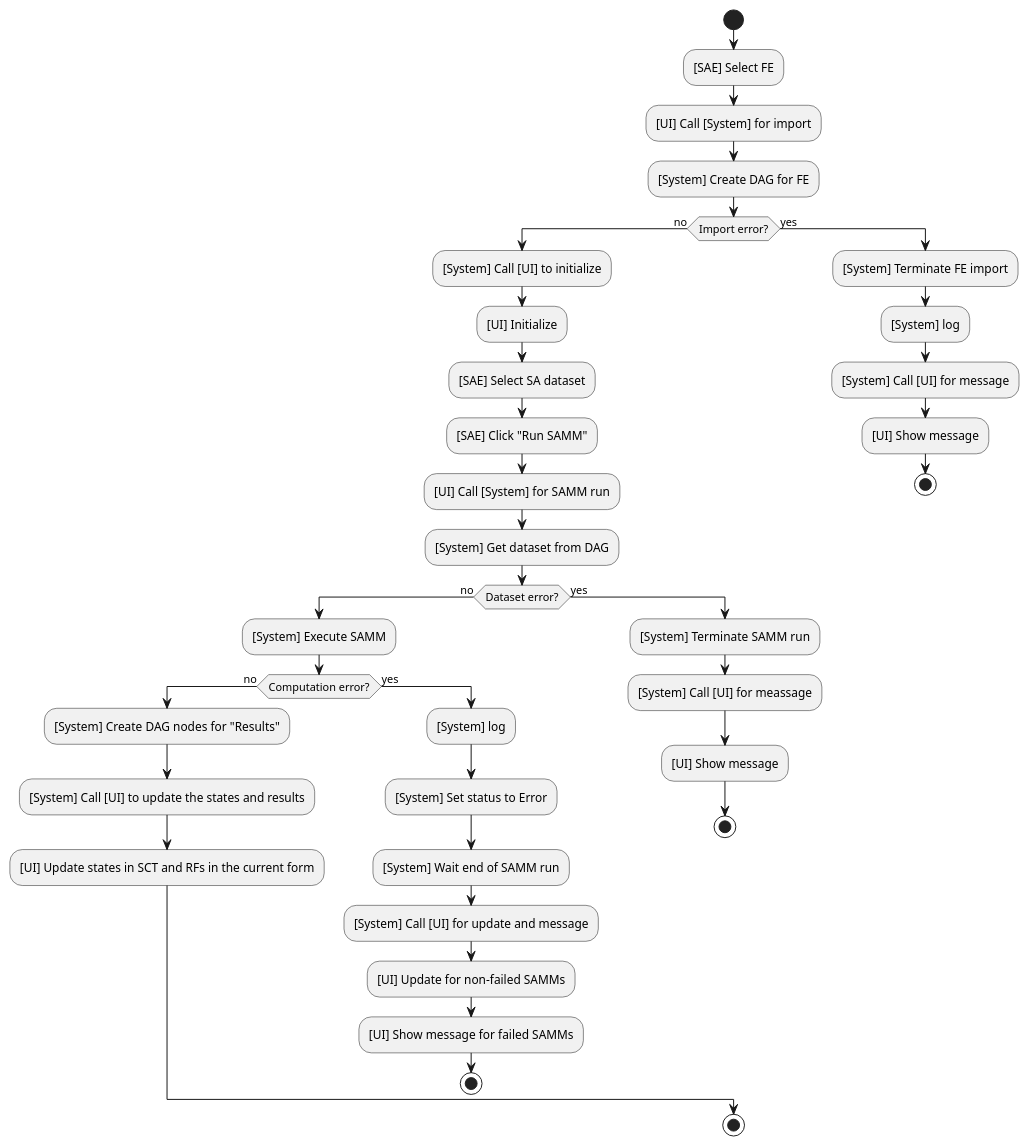
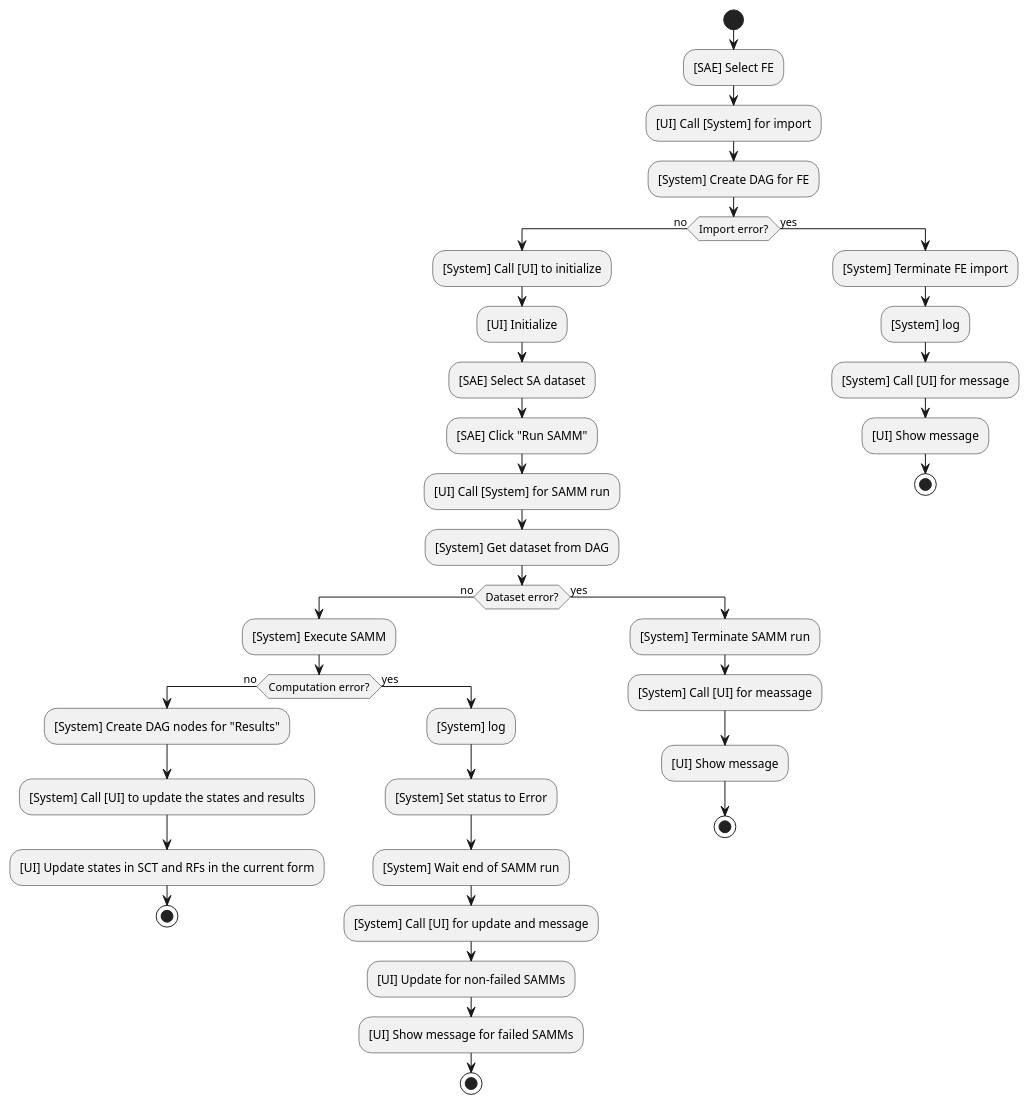
One commit to BarisAlbayrakIEEE/StructuralAnalysis changed the diagram in uml/UC_01.puml. Above: the diagram before and after it, drawn with PlantUML. The commit also changed 1 other file, not shown here.

```diff
--- a/uml/UC_01.puml
+++ b/uml/UC_01.puml
@@ -1,48 +1,51 @@
 @startuml UC_01
 
 start
 :[SAE] Select FE;
 :[UI] Call [System] for import;
 :[System] Create DAG for FE;
 
 if (Import error?) then (no)
   :[System] Call [UI] to initialize;
   :[UI] Initialize;
   :[SAE] Select SA dataset;
   :[SAE] Click "Run SAMM";
   :[UI] Call [System] for SAMM run;
   :[System] Get dataset from DAG;
 
   if (Dataset error?) then (no)
     :[System] Execute SAMM;
 
     if (Computation error?) then (no)
       :[System] Create DAG nodes for "Results";
       :[System] Call [UI] to update the states and results;
       :[UI] Update states in SCT and RFs in the current form;
+
+      stop;
     else (yes)
       :[System] log;
       :[System] Set status to Error;
       :[System] Wait end of SAMM run;
       :[System] Call [UI] for update and message;
       :[UI] Update for non-failed SAMMs;
       :[UI] Show message for failed SAMMs;
+
       stop;
     endif
   else (yes)
     :[System] Terminate SAMM run;
     :[System] Call [UI] for meassage;
     :[UI] Show message;
+
     stop;
   endif
 else (yes)
   :[System] Terminate FE import;
   :[System] log;
   :[System] Call [UI] for message;
   :[UI] Show message;
+
   stop;
 endif
 
-stop;
-
 @enduml
```
